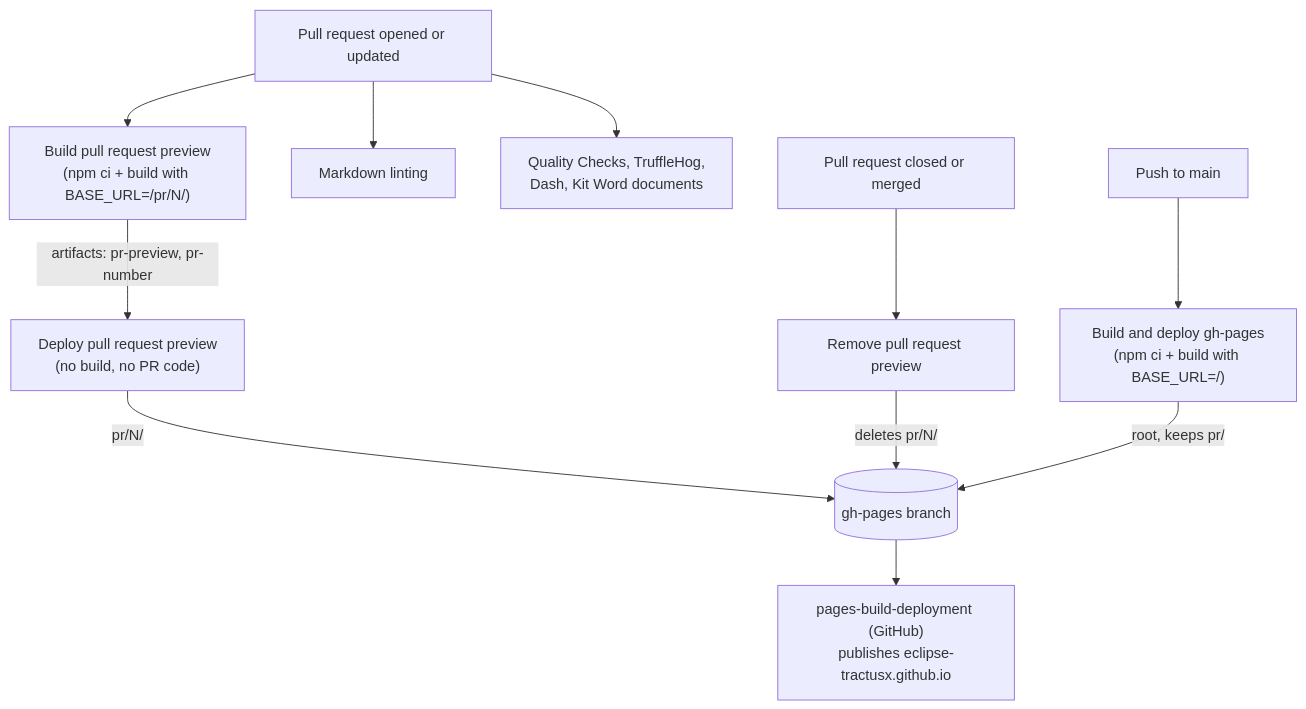
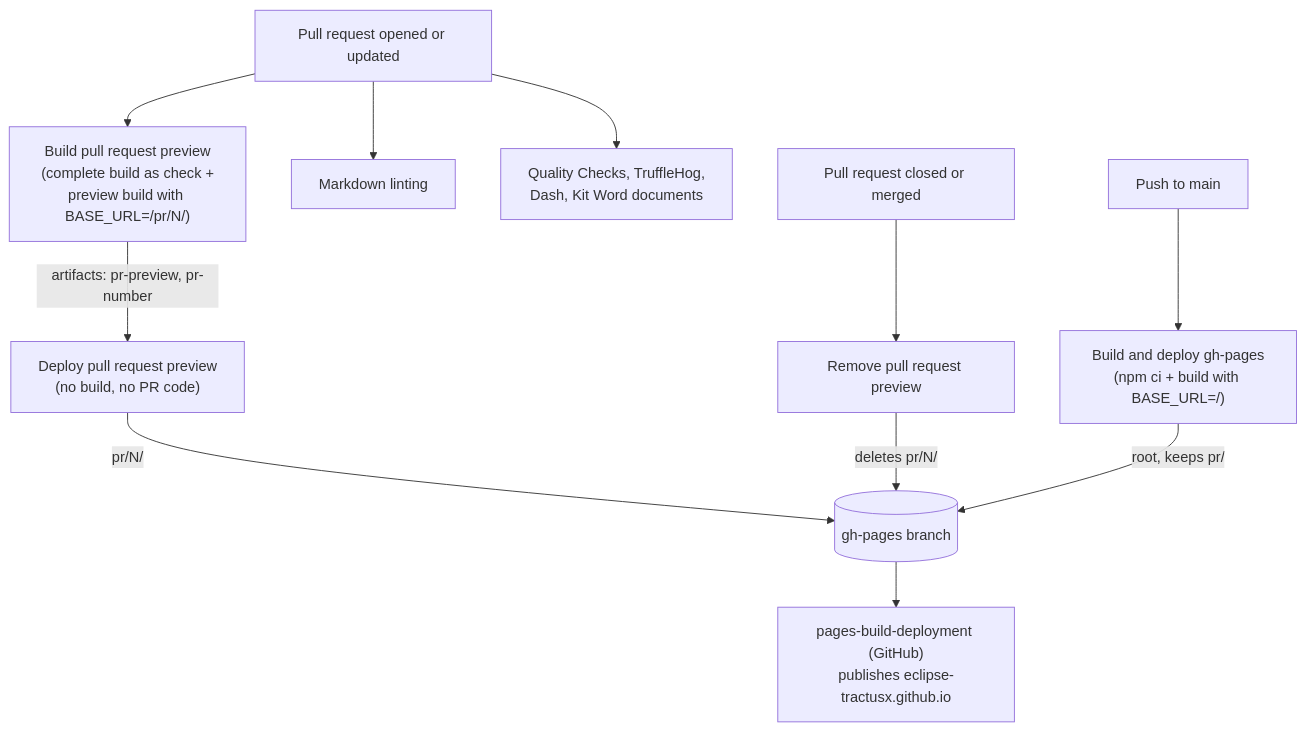
The diagram in .github/workflows/README.md (eclipse-tractusx/eclipse-tractusx.github.io), drawn with Mermaid before and after one commit. The commit also changed other lines of this file and 3 other files, not shown here.

First line of the commit message:
ci: build smaller pull request previews without older KIT releases

````diff
--- a/.github/workflows/README.md
+++ b/.github/workflows/README.md
@@ -27,13 +27,13 @@
 ```mermaid
 flowchart TD
-    PR["Pull request opened or updated"] --> BUILD["Build pull request preview<br/>(npm ci + build with BASE_URL=/pr/N/)"]
+    PR["Pull request opened or updated"] --> BUILD["Build pull request preview<br/>(complete build as check +<br/>preview build with BASE_URL=/pr/N/)"]
     PR --> LINT["Markdown linting"]
     PR --> CHECKS["Quality Checks, TruffleHog,<br/>Dash, Kit Word documents"]
     BUILD -- "artifacts: pr-preview, pr-number" --> DEPLOY["Deploy pull request preview<br/>(no build, no PR code)"]
     DEPLOY -- "pr/N/" --> GHP[("gh-pages branch")]
     CLOSE["Pull request closed or merged"] --> CLEAN["Remove pull request preview"]
     CLEAN -- "deletes pr/N/" --> GHP
     MERGE["Push to main"] --> PROD["Build and deploy gh-pages<br/>(npm ci + build with BASE_URL=/)"]
     PROD -- "root, keeps pr/" --> GHP
     GHP --> PAGES["pages-build-deployment (GitHub)<br/>publishes eclipse-tractusx.github.io"]
 ```
````
